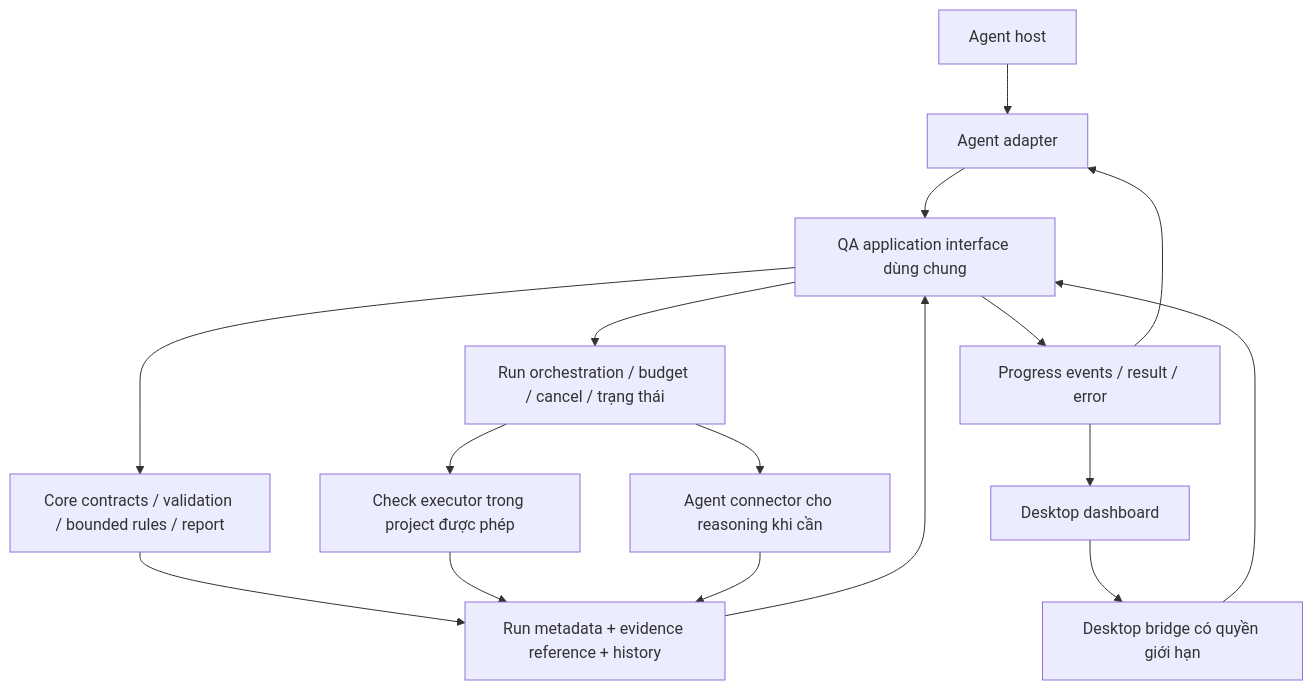
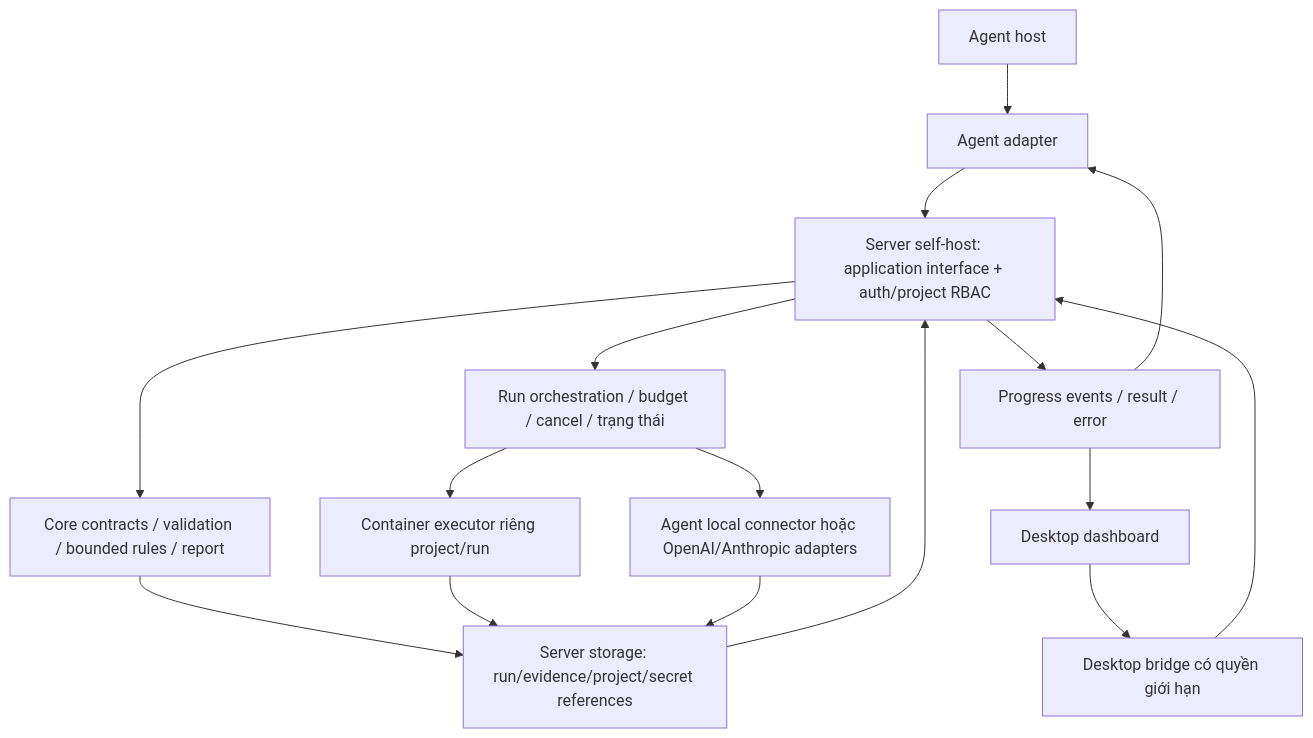
Before and after one commit to nhatphucpham/ai-engineering-qa-framework: the diagram in docs/TECHNOLOGY-DIRECTION.md, drawn with Mermaid. The commit also changed other lines of this file and 7 other files, not shown here.

````diff
--- a/docs/TECHNOLOGY-DIRECTION.md
+++ b/docs/TECHNOLOGY-DIRECTION.md
@@ -7,18 +15,18 @@
 ```mermaid
 flowchart TB
   AG["Agent host"] --> AD["Agent adapter"]
   UI["Desktop dashboard"] --> IPC["Desktop bridge có quyền giới hạn"]
-  AD --> APP["QA application interface dùng chung"]
+  AD --> APP["Server self-host: application interface + auth/project RBAC"]
   IPC --> APP
   APP --> CORE["Core contracts / validation / bounded rules / report"]
   APP --> JOB["Run orchestration / budget / cancel / trạng thái"]
-  JOB --> CON["Agent connector cho reasoning khi cần"]
-  JOB --> EX["Check executor trong project được phép"]
-  CORE --> STORE["Run metadata + evidence reference + history"]
+  JOB --> CON["Agent local connector hoặc OpenAI/Anthropic adapters"]
+  JOB --> EX["Container executor riêng project/run"]
+  CORE --> STORE["Server storage: run/evidence/project/secret references"]
   EX --> STORE
   CON --> STORE
   STORE --> APP
   APP --> EVT["Progress events / result / error"]
   EVT --> UI
   EVT --> AD
 ```
````
